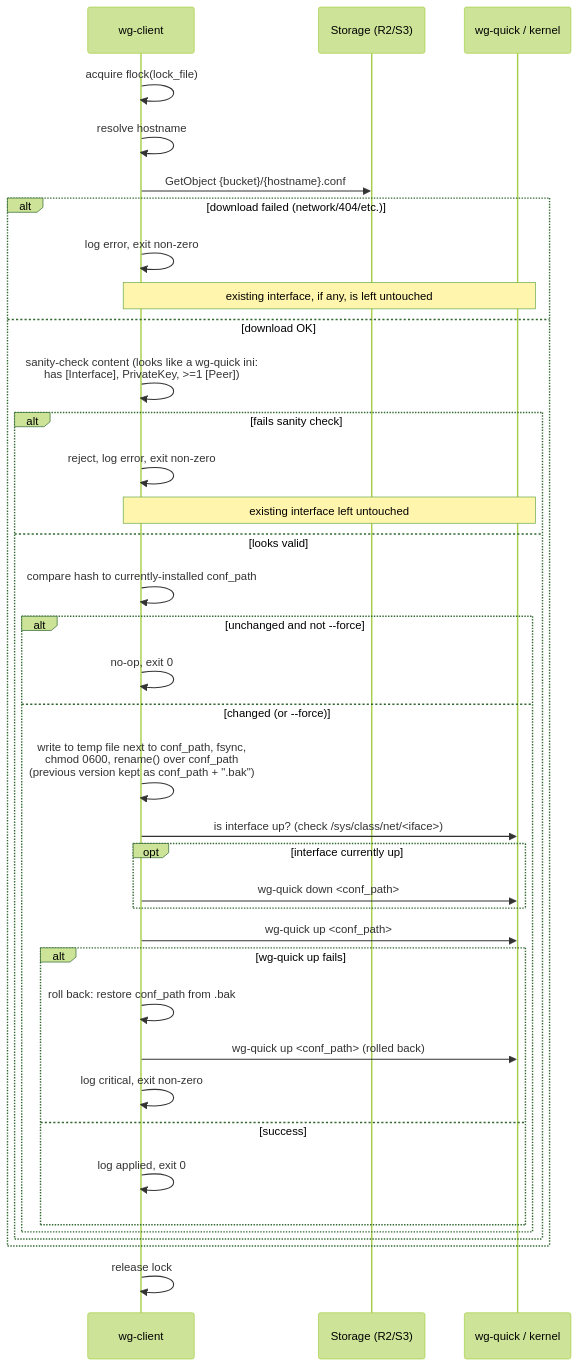
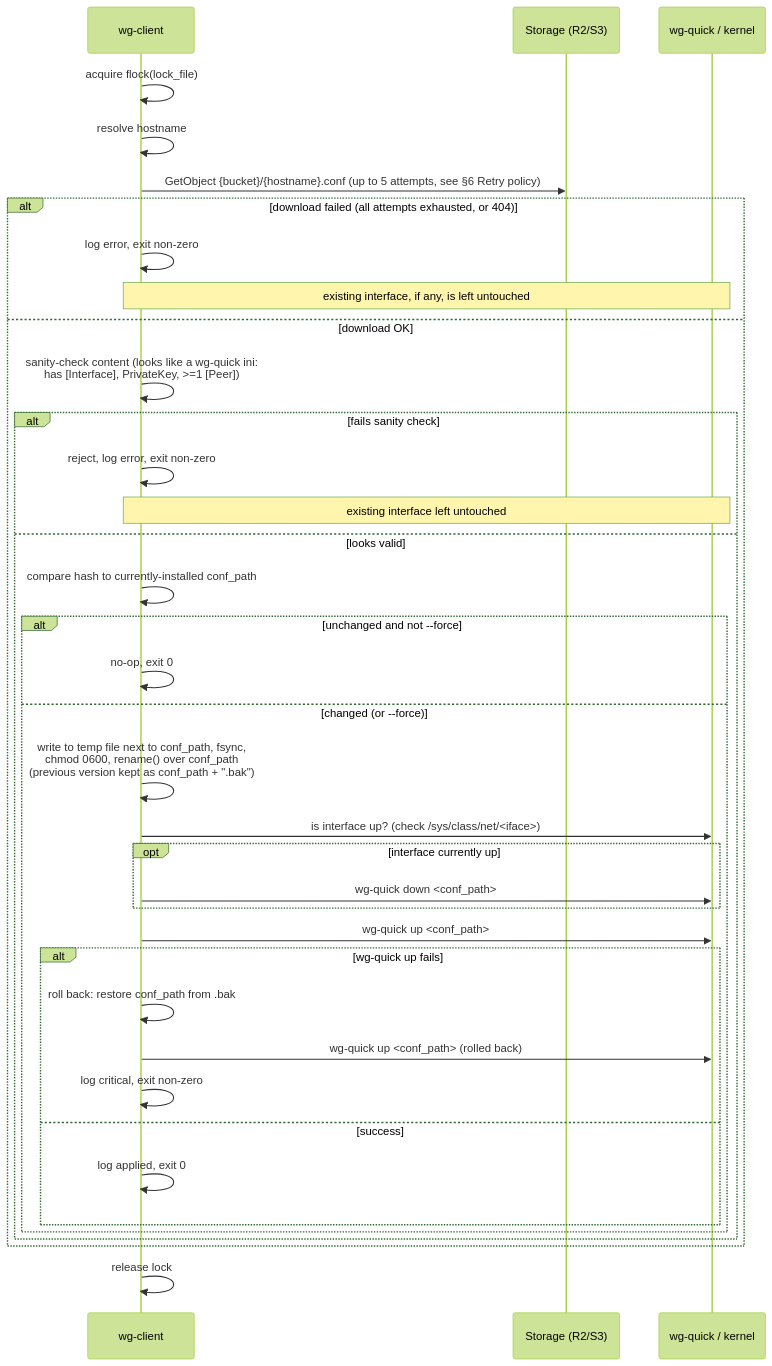
One commit to pbtrung/wg-vpn changed the diagram in docs/wg-client.md. Above: the diagram before and after it, drawn with Mermaid (forest theme). The commit also changed other lines of this file and 1 other file, not shown here.

First line of the commit message:
Add all-or-nothing uploads and retry policy to wg-server/wg-client docs

````diff
--- a/docs/wg-client.md
+++ b/docs/wg-client.md
@@ -96,40 +96,40 @@
 ```mermaid
 sequenceDiagram
     participant C as wg-client
     participant S as Storage (R2/S3)
     participant W as wg-quick / kernel
 
     C->>C: acquire flock(lock_file)
     C->>C: resolve hostname
-    C->>S: GetObject {bucket}/{hostname}.conf
-    alt download failed (network/404/etc.)
+    C->>S: GetObject {bucket}/{hostname}.conf (up to 5 attempts, see §6 Retry policy)
+    alt download failed (all attempts exhausted, or 404)
         C->>C: log error, exit non-zero
         Note over C,W: existing interface, if any, is left untouched
     else download OK
         C->>C: sanity-check content (looks like a wg-quick ini:<br/>has [Interface], PrivateKey, >=1 [Peer])
         alt fails sanity check
             C->>C: reject, log error, exit non-zero
             Note over C,W: existing interface left untouched
         else looks valid
             C->>C: compare hash to currently-installed conf_path
             alt unchanged and not --force
                 C->>C: no-op, exit 0
             else changed (or --force)
                 C->>C: write to temp file next to conf_path, fsync,<br/>chmod 0600, rename() over conf_path<br/>(previous version kept as conf_path + ".bak")
                 C->>W: is interface up? (check /sys/class/net/<iface>)
                 opt interface currently up
                     C->>W: wg-quick down <conf_path>
                 end
                 C->>W: wg-quick up <conf_path>
                 alt wg-quick up fails
                     C->>C: roll back: restore conf_path from .bak
                     C->>W: wg-quick up <conf_path> (rolled back)
                     C->>C: log critical, exit non-zero
                 else success
                     C->>C: log applied, exit 0
                 end
             end
         end
     end
     C->>C: release lock
 ```
````
